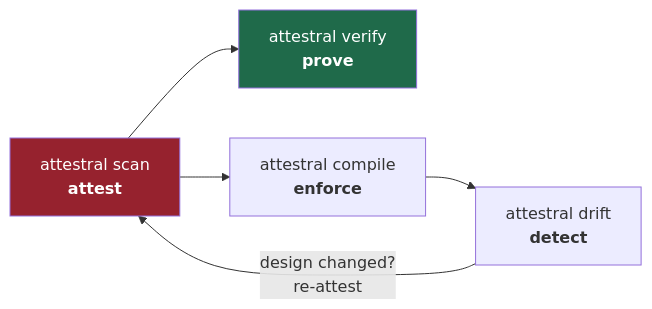
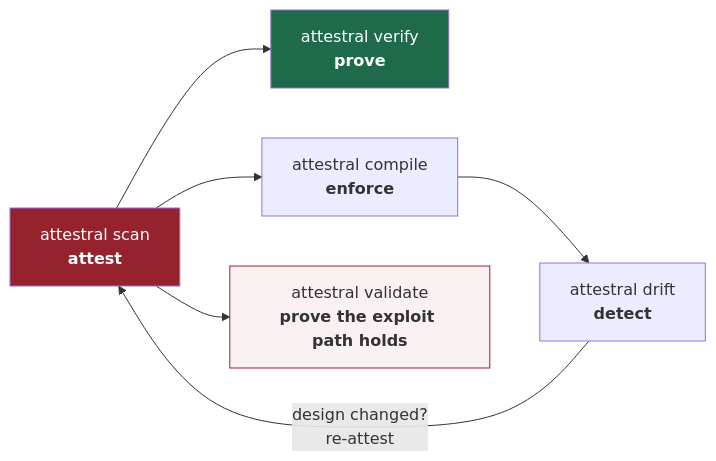
Before and after one commit to attestral-labs/attestral: the second of 4 diagrams in README.md, drawn with Mermaid. The commit also changed other lines of this file and 13 other files, not shown here.

First line of the commit message:
Add adversarial validation (attestral validate) and the proof.html flagship page

````diff
--- a/README.md
+++ b/README.md
@@ -183,9 +183,11 @@
 ```mermaid
 flowchart LR
     A["attestral scan<br/><b>attest</b>"] --> B["attestral verify<br/><b>prove</b>"]
     A --> C["attestral compile<br/><b>enforce</b>"]
     C --> D["attestral drift<br/><b>detect</b>"]
     D -->|"design changed?<br/>re-attest"| A
+    A --> V["attestral validate<br/><b>prove the exploit path holds</b>"]
     style A fill:#96222E,color:#fff
     style B fill:#1F6A4A,color:#fff
+    style V fill:#96222E11,stroke:#96222E
 ```
````
